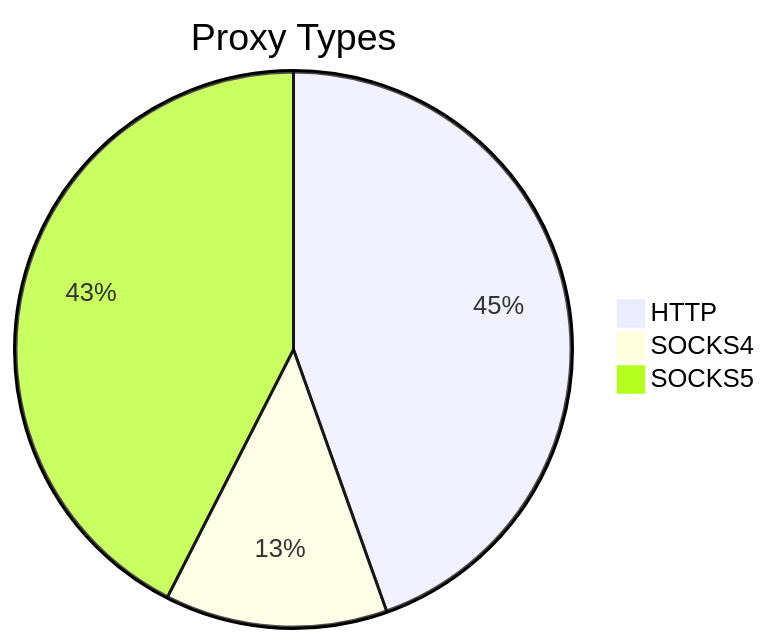
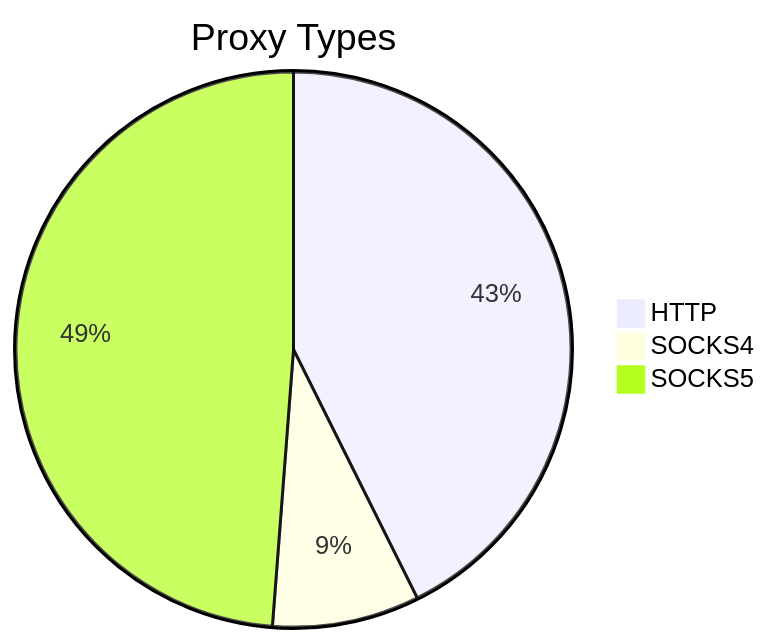
One commit to stormsia/proxy-list changed the first of 2 diagrams in README.md. Above: the diagram before and after it, drawn with Mermaid. The commit also changed other lines of this file, not shown here.

````diff
--- a/README.md
+++ b/README.md
@@ -21,6 +21,6 @@
 ```mermaid
 pie title Proxy Types
-    "HTTP" : 651
-    "SOCKS4" : 189
-    "SOCKS5" : 621
+    "HTTP" : 493
+    "SOCKS4" : 99
+    "SOCKS5" : 564
 ```
````
